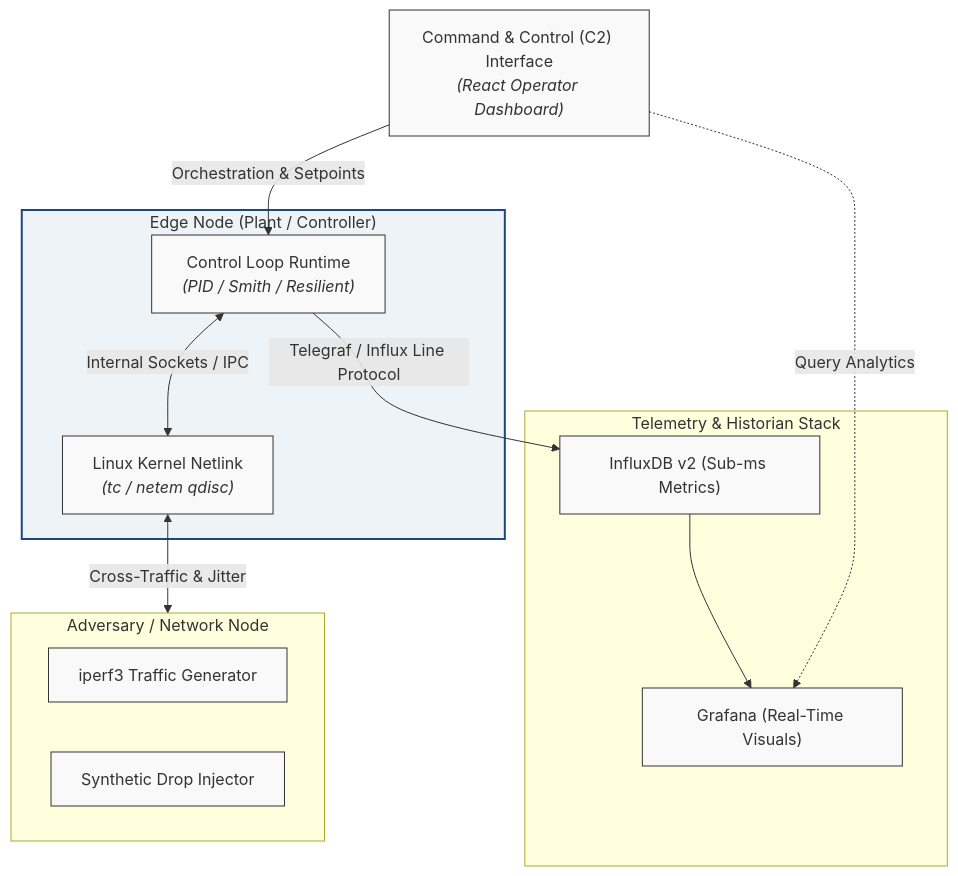
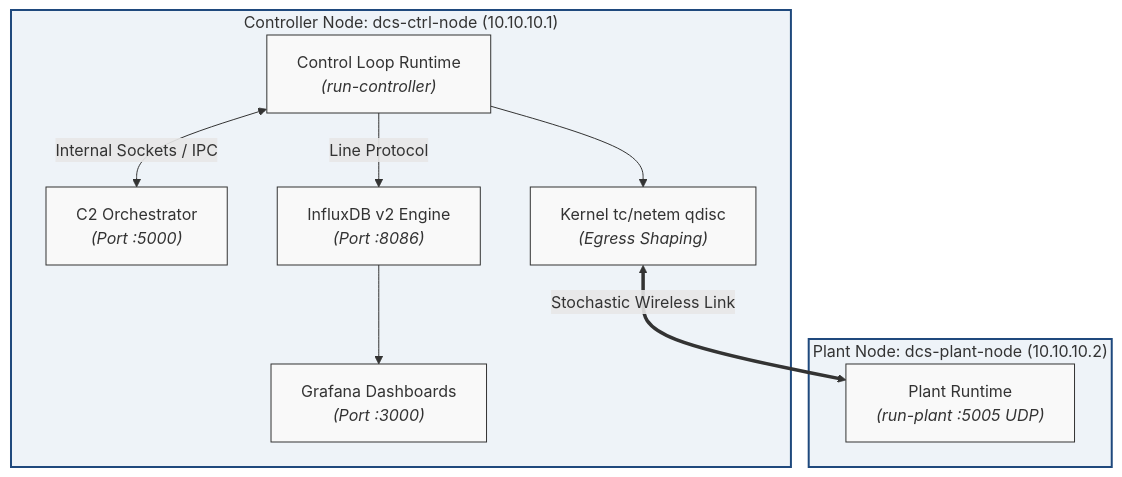
One commit to jthurm11/resilient-wireless-pid changed the diagram in README.md. Above: the diagram before and after it, drawn with Mermaid. The commit also changed other lines of this file and 3 other files, not shown here.

````diff
--- a/README.md
+++ b/README.md
@@ -44,31 +53,26 @@
 ```mermaid
 graph TD
-    subgraph Edge["Edge Node (Plant / Controller)"]
-        CLR["Control Loop Runtime<br/><i>(PID / Smith / Resilient)</i>"]
-        TC["Linux Kernel Netlink<br/><i>(tc / netem qdisc)</i>"]
-        CLR <-->|Internal Sockets / IPC| TC
+    subgraph CtrlNode["Controller Node: dcs-ctrl-node (10.10.10.1)"]
+        CLR["Control Loop Runtime<br/><i>(run-controller)</i>"]
+        C2["C2 Orchestrator<br/><i>(Port :5000)</i>"]
+        INF["InfluxDB v2 Engine<br/><i>(Port :8086)</i>"]
+        GRA["Grafana Dashboards<br/><i>(Port :3000)</i>"]
+        TC["Kernel tc/netem qdisc<br/><i>(Egress Shaping)</i>"]
+
+        CLR <-->|Internal Sockets / IPC| C2
+        CLR -->|Line Protocol| INF
+        INF --> GRA
+        CLR --> TC
     end
 
-    subgraph Telemetry["Telemetry & Historian Stack"]
-        INF["InfluxDB v2 (Sub-ms Metrics)"]
-        GRA["Grafana (Real-Time Visuals)"]
-        INF --> GRA
+    subgraph PlantNode["Plant Node: dcs-plant-node (10.10.10.2)"]
+        PLANT["Plant Runtime<br/><i>(run-plant :5005 UDP)</i>"]
     end
 
-    subgraph Adversary["Adversary / Network Node"]
-        IPF["iperf3 Traffic Generator"]
-        DRP["Synthetic Drop Injector"]
-    end
-
-    C2["Command & Control (C2) Interface<br/><i>(React Operator Dashboard)</i>"]
-
-    CLR -->|Telegraf / Influx Line Protocol| INF
-    TC <-->|Cross-Traffic & Jitter| Adversary
-    C2 -->|Orchestration & Setpoints| CLR
-    C2 -.->|Query Analytics| GRA
+    TC <==>|Stochastic Wireless Link| PLANT
 
     classDef default fill:#f9f9f9,stroke:#333,stroke-width:1px;
-    classDef edgeNode fill:#eef3f8,stroke:#1f497d,stroke-width:2px;
-    class Edge edgeNode;
+    classDef nodeBox fill:#eef3f8,stroke:#1f497d,stroke-width:2px;
+    class CtrlNode,PlantNode nodeBox;
 
 ```
````
